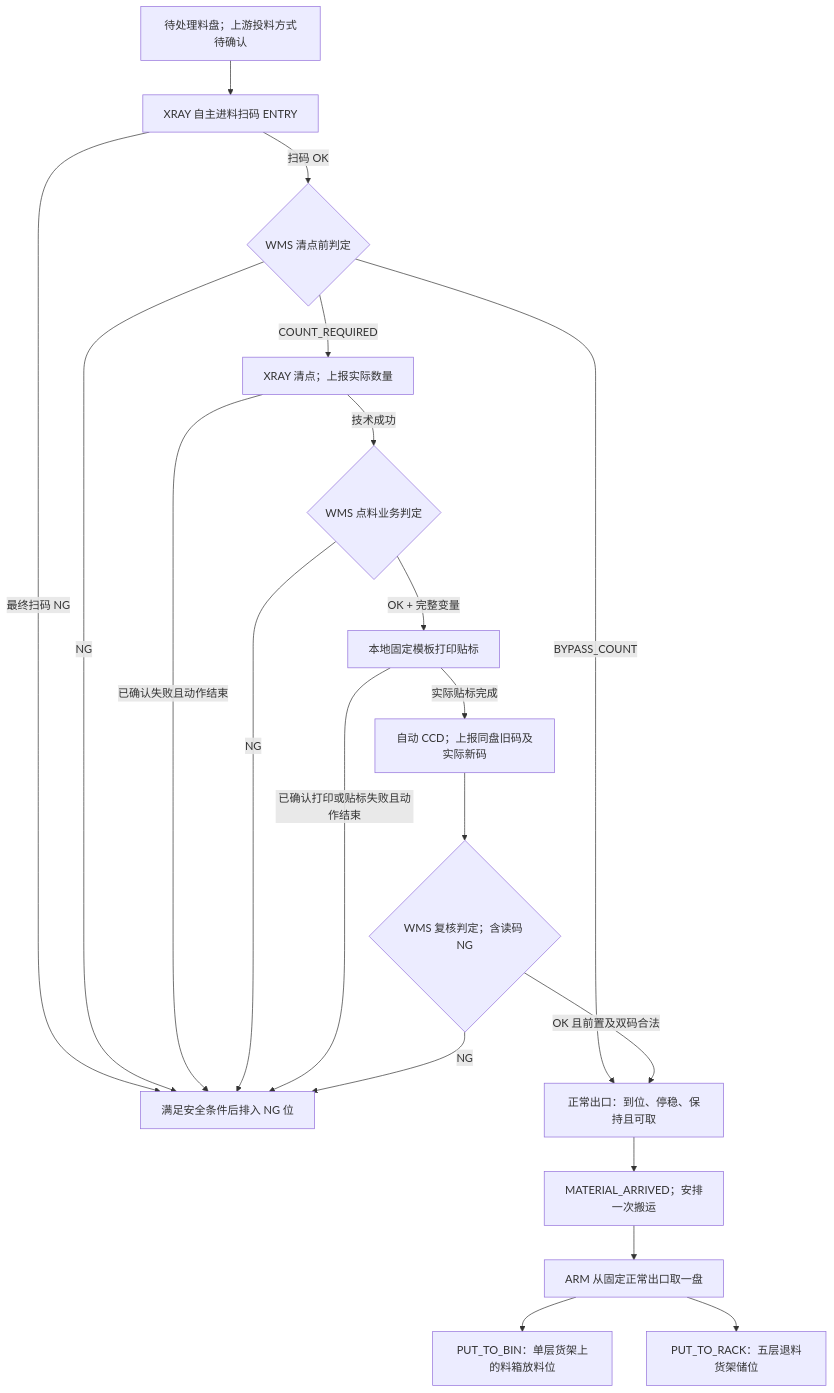
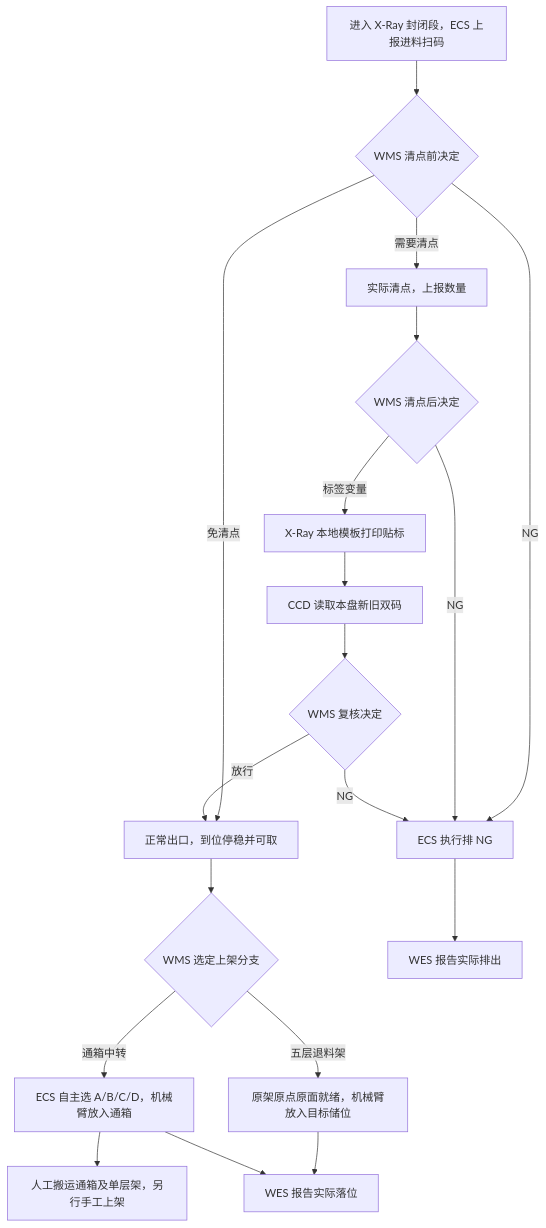
The first of 2 diagrams in docs/integrations/xray-api.md (kaizhoumasha/maintenance-admin), drawn with Mermaid before and after one commit. The commit also changed other lines of this file and 2 other files, not shown here.

Commit message:
docs: 完善 X-Ray 退料线对接合同 (#63)

````diff
--- a/docs/integrations/xray-api.md
+++ b/docs/integrations/xray-api.md
@@ -47,22 +53,21 @@
 ```mermaid
 flowchart TD
-    A["待处理料盘；上游投料方式待确认"] --> B["XRAY 自主进料扫码 ENTRY"]
-    B -->|扫码 OK| C{"WMS 清点前判定"}
-    B -->|最终扫码 NG| N["满足安全条件后排入 NG 位"]
-    C -->|COUNT_REQUIRED| D["XRAY 清点；上报实际数量"]
-    C -->|BYPASS_COUNT| O["正常出口：到位、停稳、保持且可取"]
-    C -->|NG| N
-    D -->|技术成功| E{"WMS 点料业务判定"}
-    D -->|已确认失败且动作结束| N
-    E -->|OK + 完整变量| F["本地固定模板打印贴标"]
-    E -->|NG| N
-    F -->|实际贴标完成| G["自动 CCD；上报同盘旧码及实际新码"]
-    F -->|已确认打印或贴标失败且动作结束| N
-    G --> H{"WMS 复核判定；含读码 NG"}
-    H -->|OK 且前置及双码合法| O
-    H -->|NG| N
-    O --> I["MATERIAL_ARRIVED；安排一次搬运"]
-    I --> J["ARM 从固定正常出口取一盘"]
-    J --> K["PUT_TO_BIN：单层货架上的料箱放料位"]
-    J --> L["PUT_TO_RACK：五层退料货架储位"]
+    I["进入 X-Ray 封闭段，ECS 上报进料扫码"] --> D{"WMS 清点前决定"}
+    D -->|需要清点| C["实际清点，上报数量"]
+    D -->|免清点| O["正常出口，到位停稳并可取"]
+    D -->|NG| N["ECS 执行排 NG"]
+    C --> L{"WMS 清点后决定"}
+    L -->|标签变量| P["X-Ray 本地模板打印贴标"]
+    L -->|NG| N
+    P --> V["CCD 读取本盘新旧双码"]
+    V --> F{"WMS 复核决定"}
+    F -->|放行| O
+    F -->|NG| N
+    O --> T{"WMS 选定上架分支"}
+    T -->|五层退料架| R["原架原点原面就绪，机械臂放入目标储位"]
+    T -->|通箱中转| B["ECS 自主选 A/B/C/D，机械臂放入通箱"]
+    B --> H["人工搬运通箱及单层架，另行手工上架"]
+    R --> W["WES 报告实际落位"]
+    B --> W
+    N --> G["WES 报告实际排出"]
 ```
````
